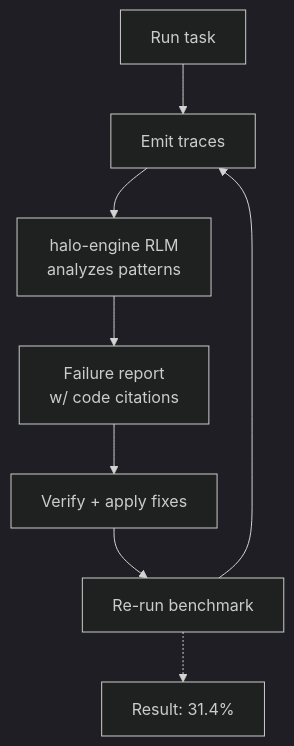
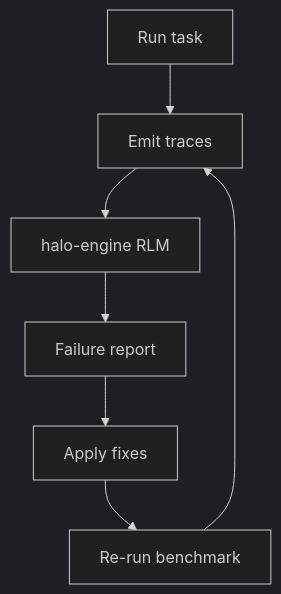
One commit to Nikhil1169/avartan changed the diagram in README.md. Above: the diagram before and after it, drawn with Mermaid (dark theme). The commit also changed other lines of this file, not shown here.

````diff
--- a/README.md
+++ b/README.md
@@ -118,10 +73,9 @@
 ```mermaid
 flowchart TD
     A[Run task] --> B[Emit traces]
-    B --> C[halo-engine RLM<br/>analyzes patterns]
-    C --> D[Failure report<br/>w/ code citations]
-    D --> E[Verify + apply fixes]
+    B --> C[halo-engine RLM]
+    C --> D[Failure report]
+    D --> E[Apply fixes]
     E --> F[Re-run benchmark]
     F --> B
-    F -.-> G[Result: 31.4%]
 ```
````
